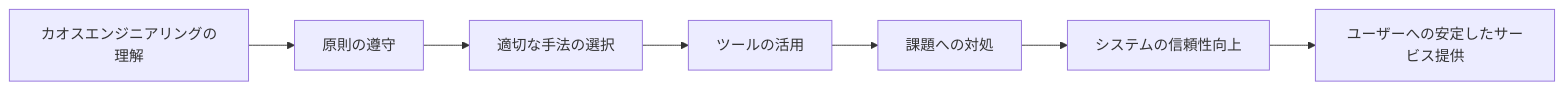
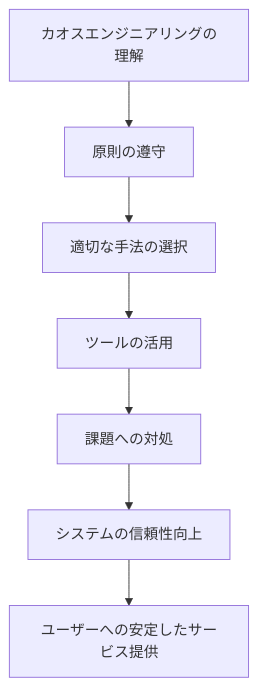
One commit to joe41203/code-kitchen changed the fifth of 5 diagrams in src/content/articles/00041-introduction-to-chaos-engineering-a-practical-guide-for-improving-system-reliability/index.mdx. Above: the diagram before and after it, drawn with Mermaid.

Commit message:
Update graph layout in chaos engineering article

````diff
--- a/src/content/articles/00041-introduction-to-chaos-engineering-a-practical-guide-for-improving-system-reliability/index.mdx
+++ b/src/content/articles/00041-introduction-to-chaos-engineering-a-practical-guide-for-improving-system-reliability/index.mdx
@@ -170,9 +170,9 @@
 ```mermaid
-graph LR
+graph TD
 A[カオスエンジニアリングの理解] --> B[原則の遵守]
 B --> C[適切な手法の選択]
 C --> D[ツールの活用]
 D --> E[課題への対処]
 E --> F[システムの信頼性向上]
 F --> G[ユーザーへの安定したサービス提供]
 ```
````
